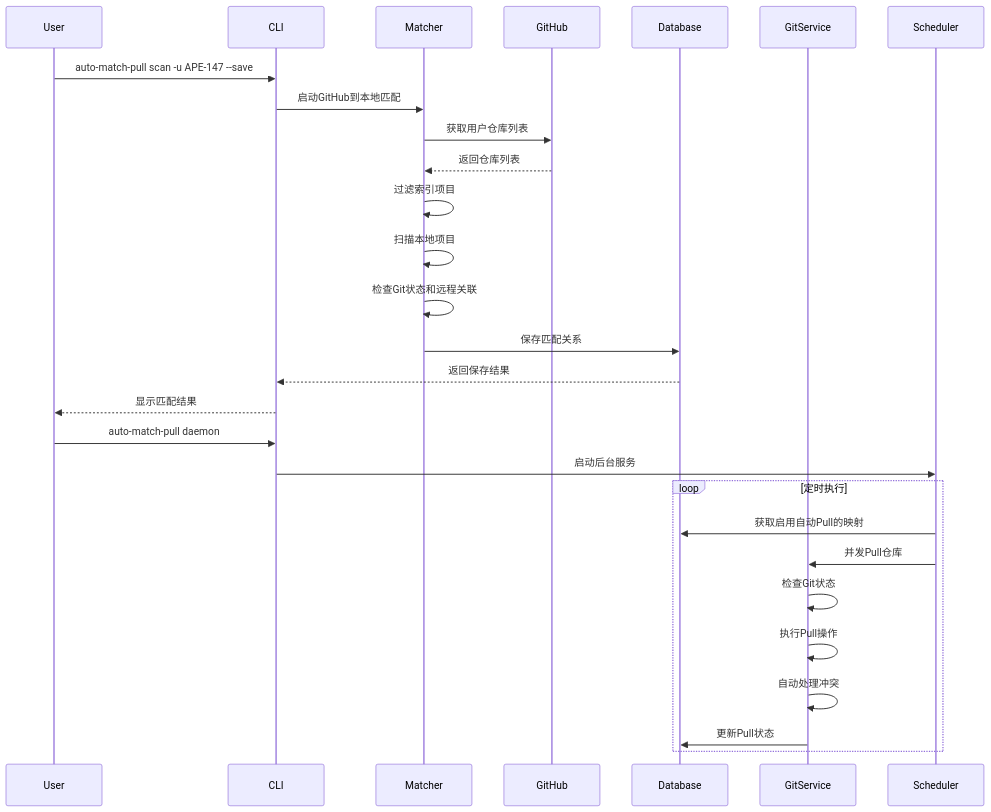
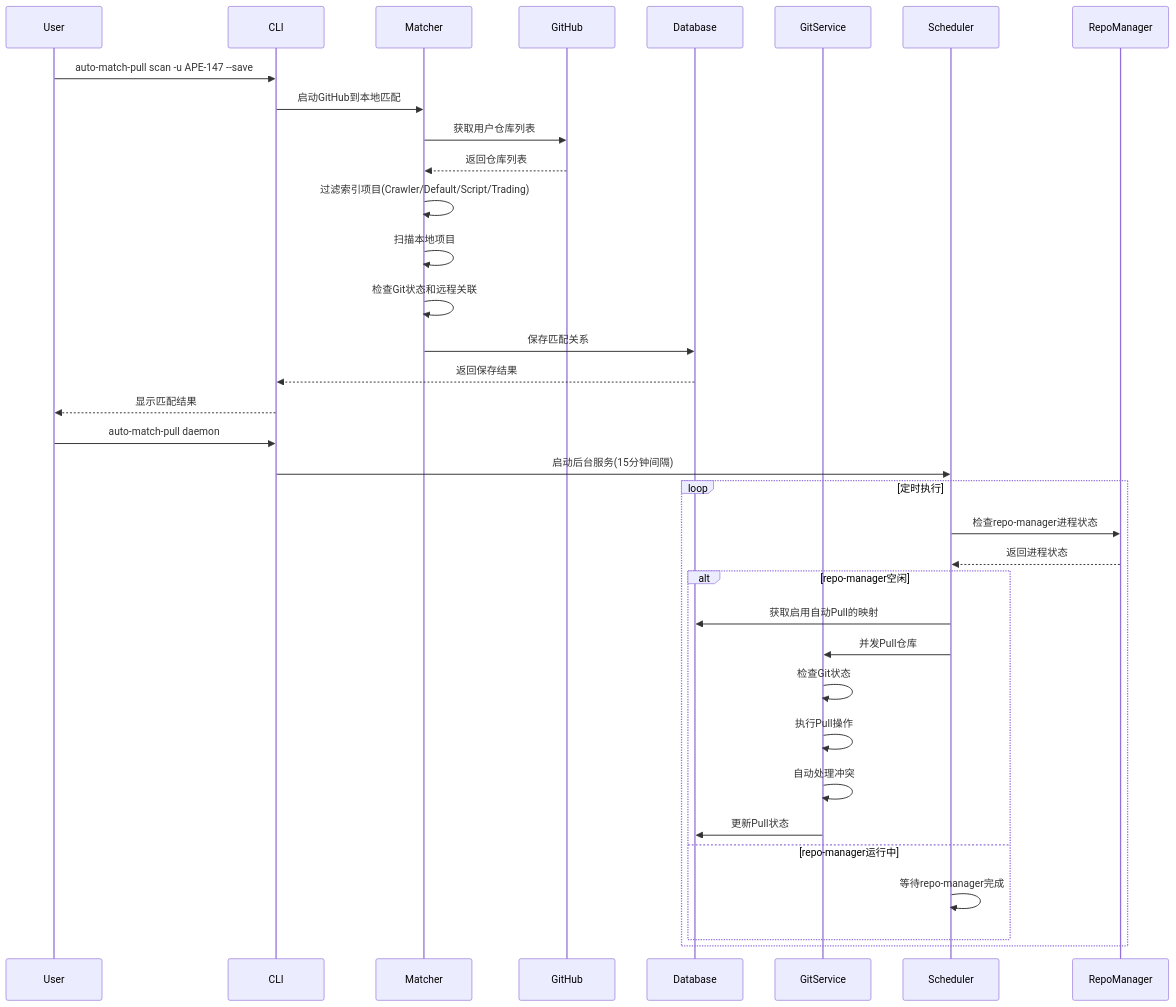
One commit to APE-147/auto-match-pull changed the second of 2 diagrams in README.md. Above: the diagram before and after it, drawn with Mermaid. The commit also changed other lines of this file and 3 other files, not shown here.

````diff
--- a/README.md
+++ b/README.md
@@ -45,32 +78,39 @@
 ```mermaid
 sequenceDiagram
     participant User
     participant CLI
     participant Matcher
     participant GitHub
     participant Database
     participant GitService
     participant Scheduler
+    participant RepoManager
     
     User->>CLI: auto-match-pull scan -u APE-147 --save
     CLI->>Matcher: 启动GitHub到本地匹配
     Matcher->>GitHub: 获取用户仓库列表
     GitHub-->>Matcher: 返回仓库列表
-    Matcher->>Matcher: 过滤索引项目
+    Matcher->>Matcher: 过滤索引项目(Crawler/Default/Script/Trading)
     Matcher->>Matcher: 扫描本地项目
     Matcher->>Matcher: 检查Git状态和远程关联
     Matcher->>Database: 保存匹配关系
     Database-->>CLI: 返回保存结果
     CLI-->>User: 显示匹配结果
     
     User->>CLI: auto-match-pull daemon
-    CLI->>Scheduler: 启动后台服务
+    CLI->>Scheduler: 启动后台服务(15分钟间隔)
     loop 定时执行
-        Scheduler->>Database: 获取启用自动Pull的映射
-        Scheduler->>GitService: 并发Pull仓库
-        GitService->>GitService: 检查Git状态
-        GitService->>GitService: 执行Pull操作
-        GitService->>GitService: 自动处理冲突
-        GitService->>Database: 更新Pull状态
+        Scheduler->>RepoManager: 检查repo-manager进程状态
+        RepoManager-->>Scheduler: 返回进程状态
+        alt repo-manager空闲
+            Scheduler->>Database: 获取启用自动Pull的映射
+            Scheduler->>GitService: 并发Pull仓库
+            GitService->>GitService: 检查Git状态
+            GitService->>GitService: 执行Pull操作
+            GitService->>GitService: 自动处理冲突
+            GitService->>Database: 更新Pull状态
+        else repo-manager运行中
+            Scheduler->>Scheduler: 等待repo-manager完成
+        end
     end
 ```
````
